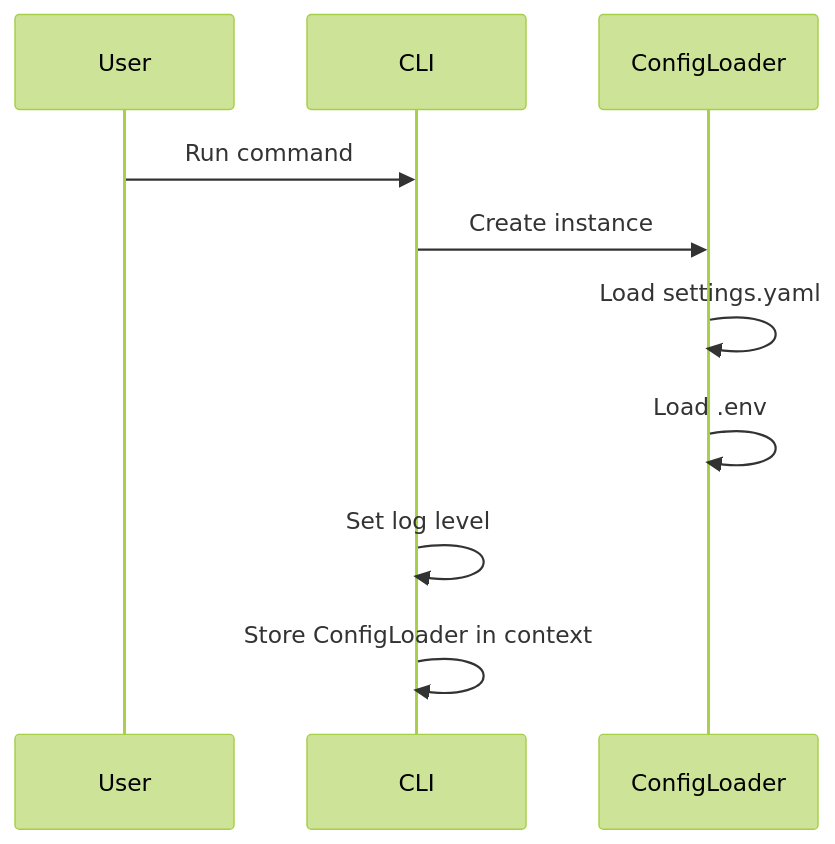
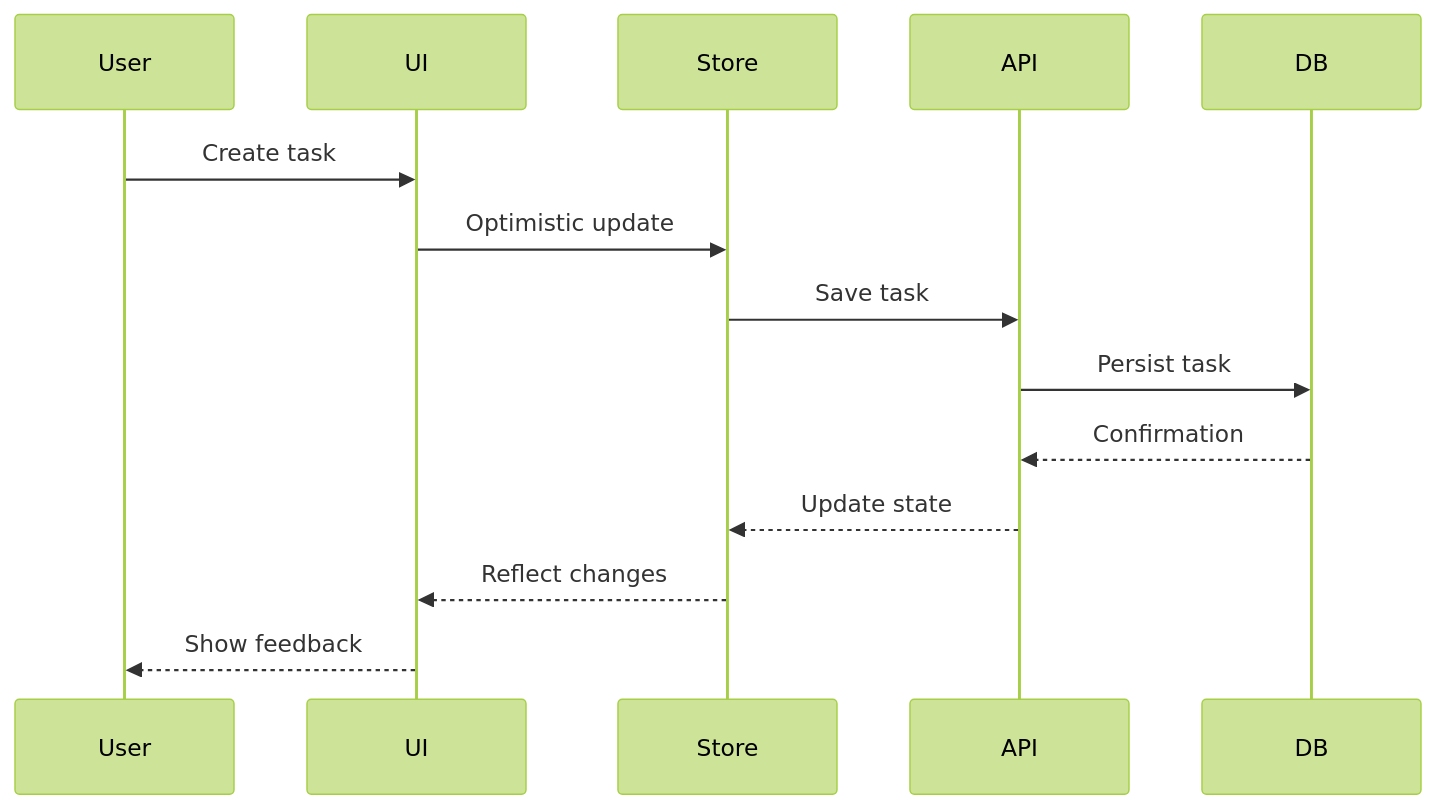
The fourth of 7 diagrams in memory-bank/systemPatterns.md (tim-o-private/llm-agent), drawn with Mermaid (forest theme) before and after one commit. The commit also changed other lines of this file and 78 other files, not shown here.

````diff
--- a/memory-bank/systemPatterns.md
+++ b/memory-bank/systemPatterns.md
@@ -168,13 +223,17 @@
 ```mermaid
 sequenceDiagram
     participant User
-    participant CLI
-    participant ConfigLoader
-    
-    User->>CLI: Run command
-    CLI->>ConfigLoader: Create instance
-    ConfigLoader->>ConfigLoader: Load settings.yaml
-    ConfigLoader->>ConfigLoader: Load .env
-    CLI->>CLI: Set log level
-    CLI->>CLI: Store ConfigLoader in context
+    participant UI
+    participant Store
+    participant API
+    participant DB
+
+    User->>UI: Create task
+    UI->>Store: Optimistic update
+    Store->>API: Save task
+    API->>DB: Persist task
+    DB-->>API: Confirmation
+    API-->>Store: Update state
+    Store-->>UI: Reflect changes
+    UI-->>User: Show feedback
 ```
````
